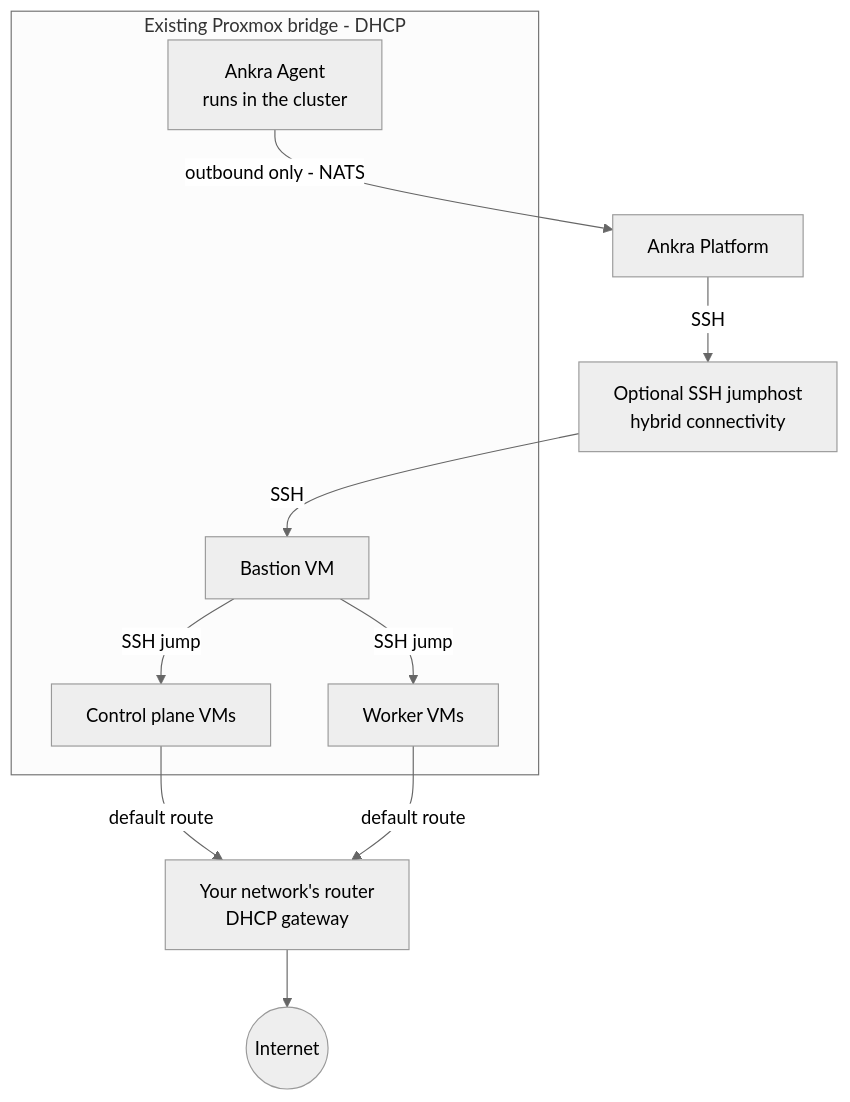
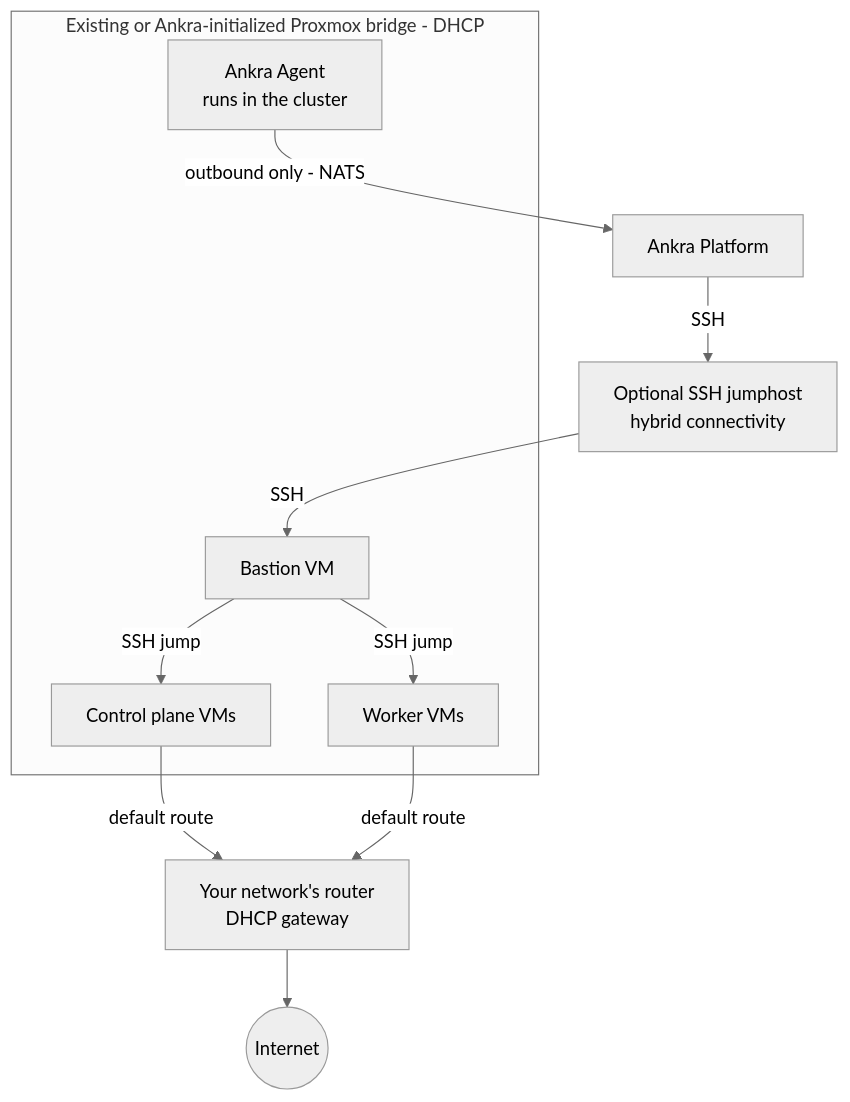
One commit to ankraio/ankra-docs changed the diagram in guides/proxmox-clusters.mdx. Above: the diagram before and after it, drawn with Mermaid (neutral theme). The commit also changed other lines of this file and 2 other files, not shown here.

First line of the commit message:
docs: document Proxmox default setup and host-spread placement

````diff
--- a/guides/proxmox-clusters.mdx
+++ b/guides/proxmox-clusters.mdx
@@ -328,23 +397,23 @@
 ```mermaid
 flowchart TB
     Platform[Ankra Platform]
     Jumphost[Optional SSH jumphost<br/>hybrid connectivity]
     Router[Your network's router<br/>DHCP gateway]
     Internet((Internet))
 
-    subgraph Bridge [Existing Proxmox bridge - DHCP]
+    subgraph Bridge [Existing or Ankra-initialized Proxmox bridge - DHCP]
         Bastion[Bastion VM]
         CP[Control plane VMs]
         Workers[Worker VMs]
         Agent[Ankra Agent<br/>runs in the cluster]
     end
 
     Platform -->|SSH| Jumphost
     Jumphost -->|SSH| Bastion
     Bastion -->|SSH jump| CP
     Bastion -->|SSH jump| Workers
     Agent -->|outbound only - NATS| Platform
     CP -->|default route| Router
     Workers -->|default route| Router
     Router --> Internet
 ```
````
